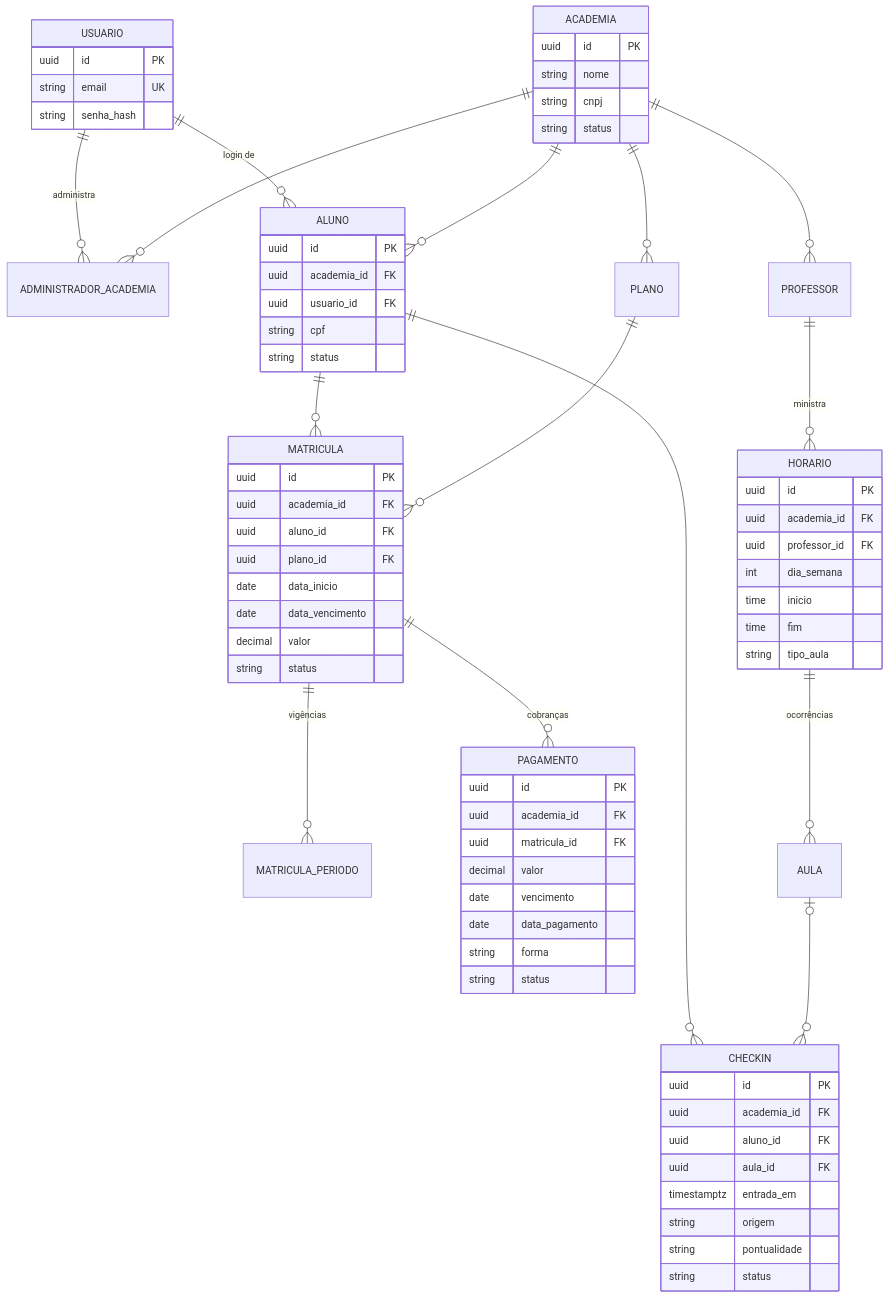
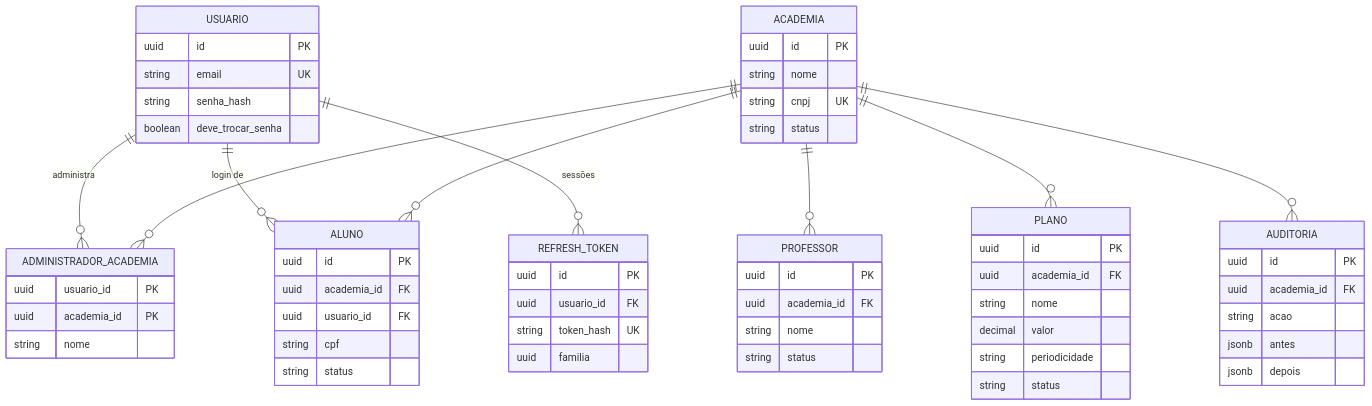
One commit to FelipeSEugenio/LocGym changed the diagram in docs/04-modelo-de-dados.md. Above: the diagram before and after it, drawn with Mermaid. The commit also changed other lines of this file and 11 other files, not shown here.

````diff
--- a/docs/04-modelo-de-dados.md
+++ b/docs/04-modelo-de-dados.md
@@ -28,75 +48,63 @@
 ```mermaid
 erDiagram
     USUARIO ||--o{ ADMINISTRADOR_ACADEMIA : "administra"
     ACADEMIA ||--o{ ADMINISTRADOR_ACADEMIA : ""
     USUARIO ||--o{ ALUNO : "login de"
     ACADEMIA ||--o{ ALUNO : ""
     ACADEMIA ||--o{ PROFESSOR : ""
     ACADEMIA ||--o{ PLANO : ""
-    ALUNO ||--o{ MATRICULA : ""
-    PLANO ||--o{ MATRICULA : ""
-    MATRICULA ||--o{ MATRICULA_PERIODO : "vigências"
-    MATRICULA ||--o{ PAGAMENTO : "cobranças"
-    PROFESSOR ||--o{ HORARIO : "ministra"
-    HORARIO ||--o{ AULA : "ocorrências"
-    ALUNO ||--o{ CHECKIN : ""
-    AULA |o--o{ CHECKIN : ""
+    ACADEMIA ||--o{ AUDITORIA : ""
+    USUARIO ||--o{ REFRESH_TOKEN : "sessões"
 
     USUARIO {
         uuid id PK
         string email UK
         string senha_hash
+        boolean deve_trocar_senha
     }
     ACADEMIA {
         uuid id PK
         string nome
-        string cnpj
+        string cnpj UK
         string status
+    }
+    ADMINISTRADOR_ACADEMIA {
+        uuid usuario_id PK
+        uuid academia_id PK
+        string nome
     }
     ALUNO {
         uuid id PK
         uuid academia_id FK
         uuid usuario_id FK
         string cpf
         string status
     }
-    MATRICULA {
+    PROFESSOR {
         uuid id PK
         uuid academia_id FK
-        uuid aluno_id FK
-        uuid plano_id FK
-        date data_inicio
-        date data_vencimento
-        decimal valor
+        string nome
         string status
     }
-    PAGAMENTO {
+    PLANO {
         uuid id PK
         uuid academia_id FK
-        uuid matricula_id FK
+        string nome
         decimal valor
-        date vencimento
-        date data_pagamento
-        string forma
+        string periodicidade
         string status
     }
-    HORARIO {
+    AUDITORIA {
         uuid id PK
         uuid academia_id FK
-        uuid professor_id FK
-        int dia_semana
-        time inicio
-        time fim
-        string tipo_aula
+        string acao
+        jsonb antes
+        jsonb depois
     }
-    CHECKIN {
+    REFRESH_TOKEN {
         uuid id PK
-        uuid academia_id FK
-        uuid aluno_id FK
-        uuid aula_id FK
-        timestamptz entrada_em
-        string origem
-        string pontualidade
-        string status
+        uuid usuario_id FK
+        string token_hash UK
+        uuid familia
     }
 ```
````
